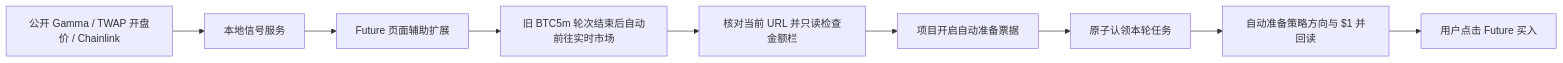
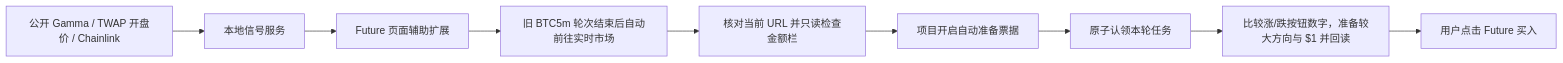
One commit to alex22222/PolyHermes changed the diagram in docs/future-btc5m-assistant.md. Above: the diagram before and after it, drawn with Mermaid. The commit also changed other lines of this file and 17 other files, not shown here.

````diff
--- a/docs/future-btc5m-assistant.md
+++ b/docs/future-btc5m-assistant.md
@@ -11,11 +11,11 @@
 ```mermaid
 flowchart LR
   A[公开 Gamma / TWAP 开盘价 / Chainlink] --> B[本地信号服务]
   B --> C[Future 页面辅助扩展]
   C --> N[旧 BTC5m 轮次结束后自动前往实时市场]
   N --> P[核对当前 URL 并只读检查金额栏]
   P --> D[项目开启自动准备票据]
   D --> E[原子认领本轮任务]
-  E --> F[自动准备策略方向与 $1 并回读]
+  E --> F[比较涨/跌按钮数字，准备较大方向与 $1 并回读]
   F --> G[用户点击 Future 买入]
 ```
````
